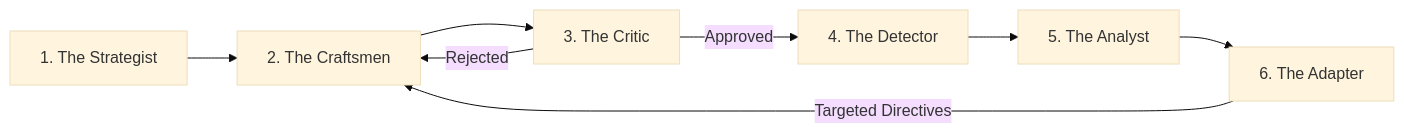
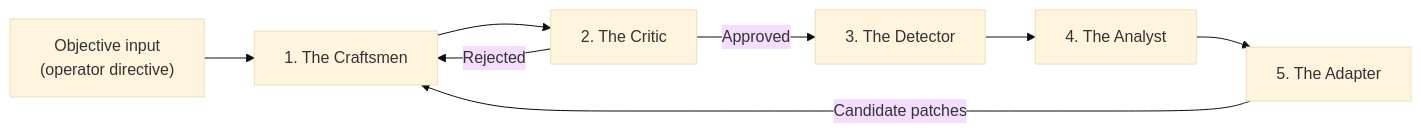
One commit to kylereid1017/threat-detection-lab changed the second of 2 diagrams in docs/swarm/architecture.md. Above: the diagram before and after it, drawn with Mermaid (base theme). The commit also changed other lines of this file and 23 other files, not shown here.

````diff
--- a/docs/swarm/architecture.md
+++ b/docs/swarm/architecture.md
@@ -57,10 +59,10 @@
 ```mermaid
 flowchart LR
-    S["1. The Strategist"] --> CRF["2. The Craftsmen"]
-    CRF --> CRT["3. The Critic"]
-    CRT -->|Approved| DET["4. The Detector"]
+    D["Objective input<br/>(operator directive)"] --> CRF["1. The Craftsmen"]
+    CRF --> CRT["2. The Critic"]
+    CRT -->|Approved| DET["3. The Detector"]
     CRT -->|Rejected| CRF
-    DET --> AN["5. The Analyst"]
-    AN --> AD["6. The Adapter"]
-    AD -->|Targeted Directives| CRF
+    DET --> AN["4. The Analyst"]
+    AN --> AD["5. The Adapter"]
+    AD -->|Candidate patches| CRF
 ```
````
